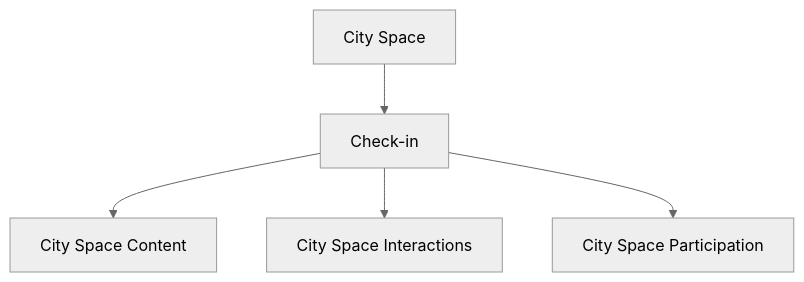
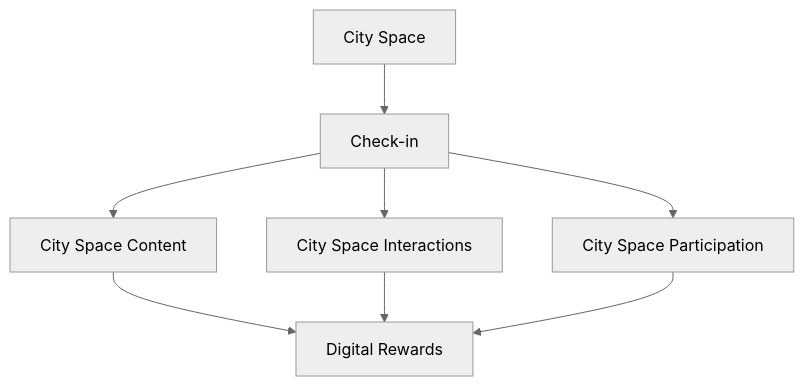
Before and after one commit to cityos-work/cityos-dev: the diagram in pages/elements/city-spaces.md, drawn with Mermaid (neutral theme).

````diff
--- a/pages/elements/city-spaces.md
+++ b/pages/elements/city-spaces.md
@@ -14,7 +14,10 @@
 ```mermaid
 graph TD;
     A["City Space"]-->B["Check-in"];
     B-->C["City Space Content"];
     B-->D["City Space Interactions"];
     B-->E["City Space Participation"];
+    C-->F["Digital Rewards"];
+    D-->F;
+    E-->F;
 ```
````
